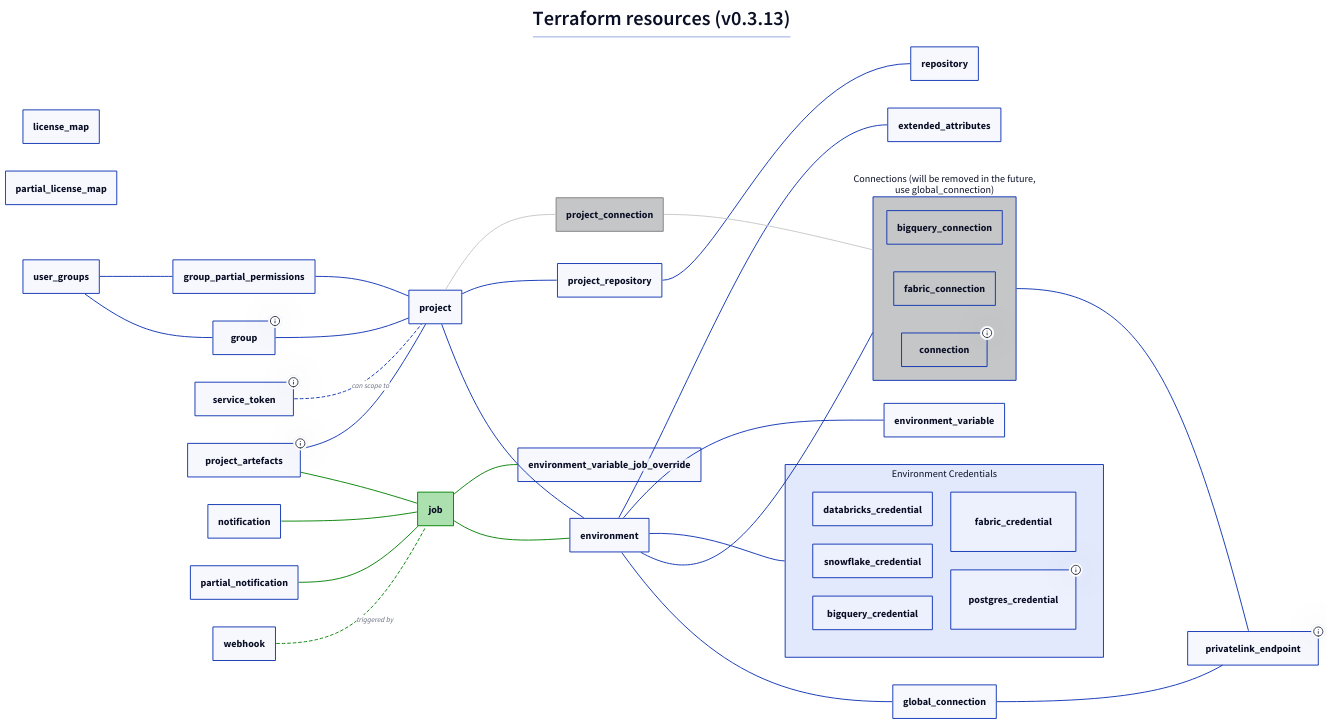
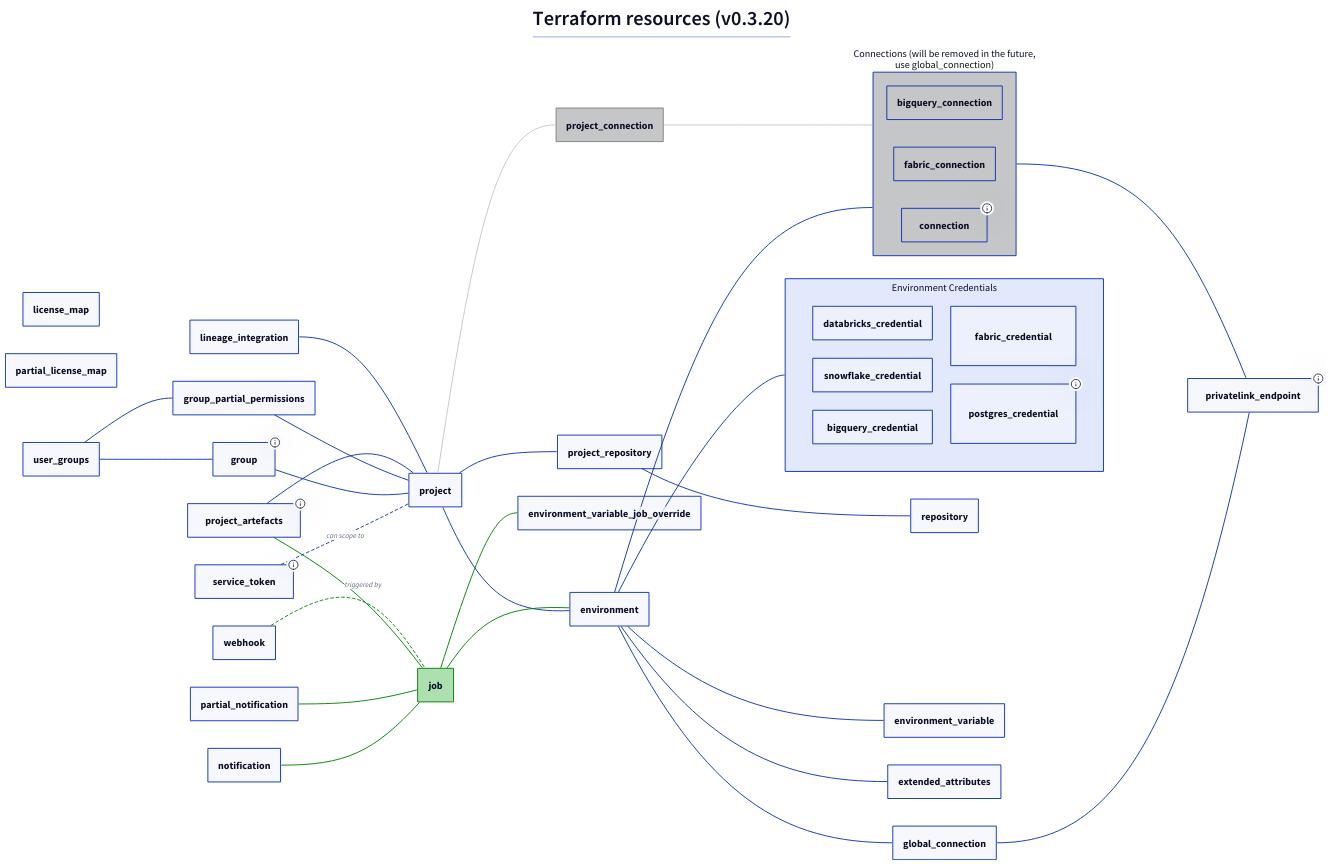
Before and after one commit to dbt-labs/terraform-provider-dbtcloud: the diagram in terraform_resources.d2, drawn with D2. The commit also changed 1 other file, not shown here.

Commit message:
Update resource diagram with new resource

```diff
--- a/terraform_resources.d2
+++ b/terraform_resources.d2
@@ -1,98 +1,99 @@
 *.style.font-size: 22
 *.*.style.font-size: 22
 
 title: |md
-  # Terraform resources (v0.3.13)
+  # Terraform resources (v0.3.20)
 | {near: top-center}
 
 direction: right
 
 
 license_map
 partial_license_map
 
 project_connection: {
   style: {
     fill: "#C5C6C7"
     stroke: grey
   }
 }
 
 privatelink_endpoint: {tooltip: Datasource only}
 group: {tooltip: Group permissions as well}
 group_partial_permissions
 service_token: {tooltip: Permissions as well}
 project_artefacts: {tooltip: For setting the project docs and source freshness}
 job: {
   style: {
     fill: "#ACE1AF"
     stroke: green
   }
 }
 
 conns: Connections (will be removed in the future,\nuse global_connection) {
   bigquery_connection
   fabric_connection
   connection: {tooltip: Works for Snowflake, Redshift, Postgres and Databricks}
   
   bigquery_connection.style.fill: "#C5C6C7"
   fabric_connection.style.fill: "#C5C6C7"
   connection.style.fill: "#C5C6C7"
 }
 conns.style.fill: "#C5C6C7"
 
 env_creds: Environment Credentials {
   grid-columns: 2
   databricks_credential
   snowflake_credential
   bigquery_credential
   fabric_credential
   postgres_credential: {tooltip: Is used for Redshift as well}
 }
 
 service_token -- project: can scope to {
   style: {
     stroke-dash: 3
   }
 }
 group -- project
 group_partial_permissions -- project
 user_groups -- group
 user_groups -- group_partial_permissions
 project -- environment
 job -- environment
 job -- environment_variable_job_override
 notification -- job
 partial_notification -- job
 project_artefacts -- job
 
 project_artefacts -- project
 webhook -- job: triggered by {
   style: {
     stroke-dash: 3
   }
 }
 environment -- global_connection
 environment -- conns
 global_connection -- privatelink_endpoint
 
 environment -- env_creds
 conns -- privatelink_endpoint
 project -- project_repository
+lineage_integration -- project
 project_repository -- repository
 environment -- environment_variable
 environment -- extended_attributes
 
 project -- project_connection {
   style: {
     stroke: "#C5C6C7"
   }
 }
 project_connection -- conns {
   style: {
     stroke: "#C5C6C7"
   }
 }
 
 (job -- *)[*].style.stroke: green
 (* -- job)[*].style.stroke: green
```
